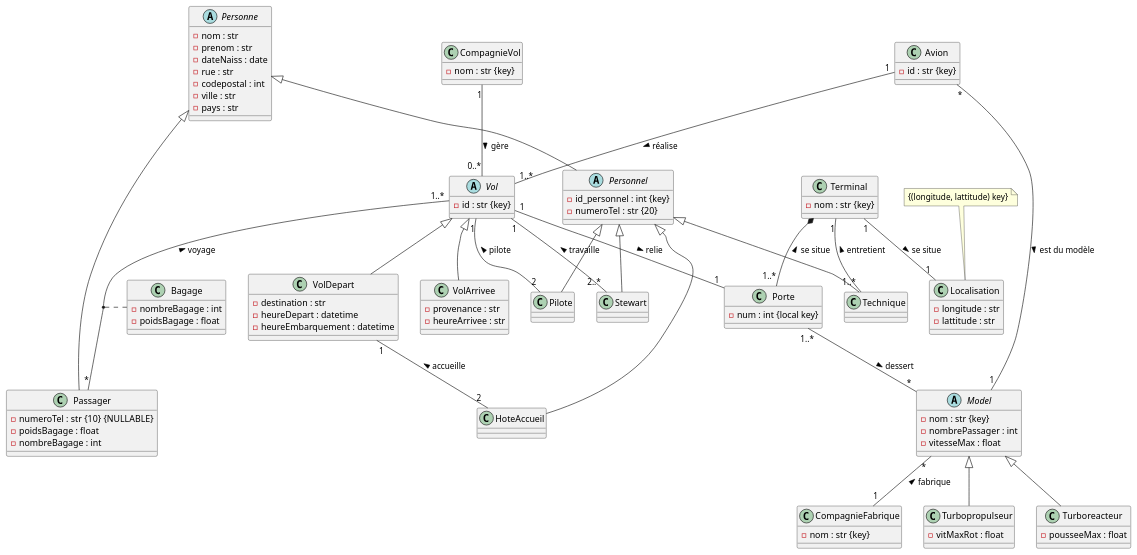
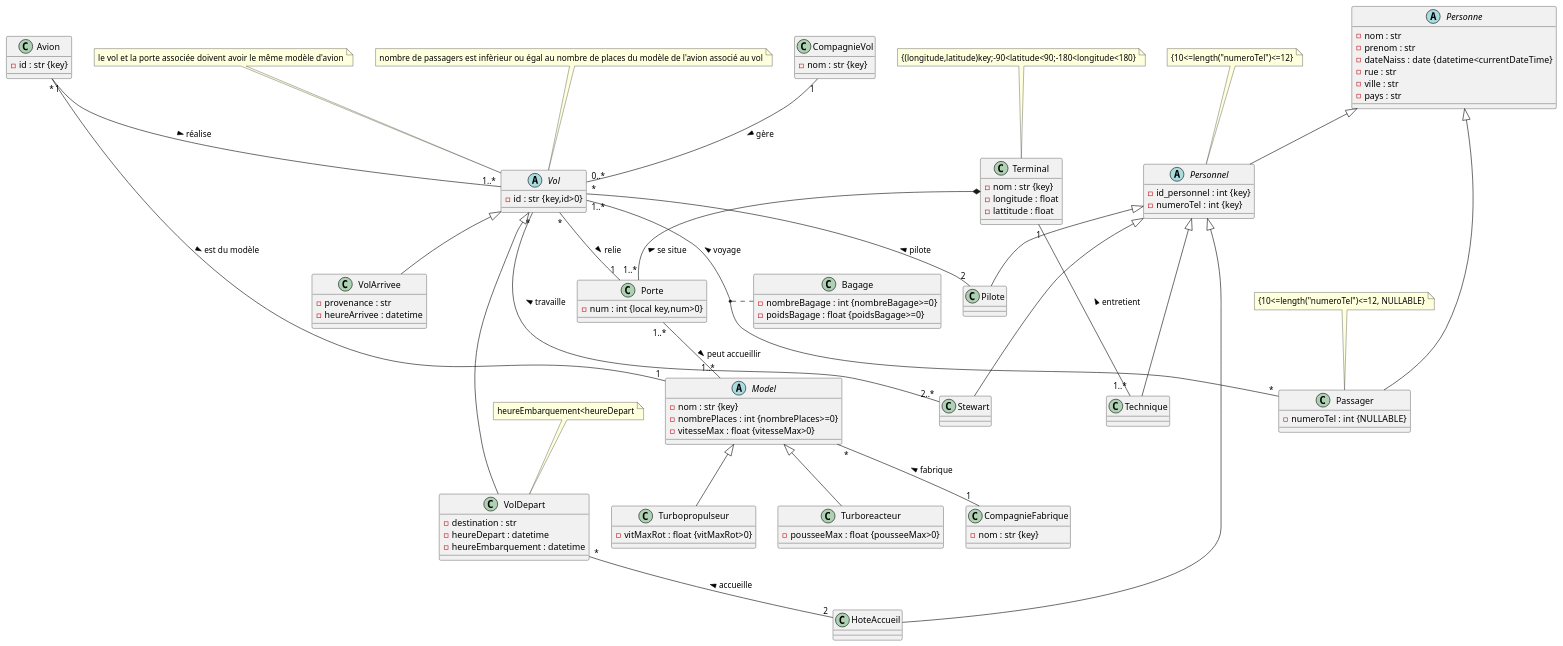
The diagram in UML.puml (4l3x4ndre/NF18_projet), drawn with PlantUML before and after one commit.

```diff
--- a/UML.puml
+++ b/UML.puml
@@ -1,121 +1,122 @@
 @startuml
 
 class Terminal {
 - nom : str {key}
+- longitude : float
+- lattitude : float
 }
-
-class Localisation{
-- longitude : str
-- lattitude : str
-}
-note top of Localisation : {(longitude, lattitude) key}
+note top of Terminal : {(longitude,latitude)key;-90<latitude<90;-180<longitude<180}
 
 class Porte {
-- num : int {local key}
+- num : int {local key,num>0}
 }
 
 
 class Avion {
 - id : str {key}
 }
 
 class CompagnieFabrique{
 - nom : str {key}
 }
 
 
 abstract class Model {
 - nom : str {key}
-- nombrePassager : int
-- vitesseMax : float
+- nombrePlaces : int {nombrePlaces>=0}
+- vitesseMax : float {vitesseMax>0}
 }
 
 class Turbopropulseur{
-- vitMaxRot : float
+- vitMaxRot : float {vitMaxRot>0}
 }
 
 class Turboreacteur{
-- pousseeMax : float 
+- pousseeMax : float {pousseeMax>0}
 }
 
+abstract class Vol{
+- id : str {key,id>0} 
+}
+note top of Vol : le vol et la porte associée doivent avoir le même modèle d'avion
+note top of Vol : nombre de passagers est infèrieur ou égal au nombre de places du modèle de l'avion associé au vol
 
-abstract class Vol{
-- id : str {key}
-}
 
 class VolDepart{
 - destination : str
 - heureDepart : datetime
 - heureEmbarquement : datetime
 }
+note top of VolDepart : heureEmbarquement<heureDepart
 
 class VolArrivee{
 - provenance : str
-- heureArrivee : str
+- heureArrivee : datetime
 }
+
 
 class CompagnieVol {
 - nom : str {key}
 }
 
 
 
 abstract class Personne{
 - nom : str
 - prenom : str
-- dateNaiss : date
+- dateNaiss : date {datetime<currentDateTime}
 - rue : str
-- codepostal : int 
 - ville : str
 - pays : str
 }
 
 abstract class Personnel{
 - id_personnel : int {key}
-- numeroTel : str {20}
+- numeroTel : int {key}
 }
-
+note top of Personnel : {10<=length("numeroTel")<=12}
 class Pilote{}
 class Stewart{}
 class HoteAccueil{}
 class Technique{}
 
 
 class Passager{
-- numeroTel : str {10} {NULLABLE}
-- poidsBagage : float
-- nombreBagage : int
+- numeroTel : int {NULLABLE}
+
 }
+note top of Passager : {10<=length("numeroTel")<=12, NULLABLE}
 
 
 
 Avion"*"--"1"Model : est du modèle >
 Personne<|--Personnel
 Personne<|--Passager
-Porte"1..*"--"*" Model : dessert >
+Porte"1..*"--"1..*" Model : peut accueillir >
 Model<|--Turbopropulseur
 Model<|--Turboreacteur
 Vol<|--VolArrivee
-Vol<|--VolDepart
+Vol<|----VolDepart
 CompagnieVol"1"--"0..*"Vol : gère >
 Personnel<|--Pilote
-Personnel<|--Stewart
+Personnel<|---Stewart
 Personnel<|--HoteAccueil
-Personnel<|--Technique
+Personnel<|---Technique
 Terminal*--"1..*"Porte : se situe < 
-Terminal"1"--"1"Localisation : se situe >
 Avion"1"--"1..*"Vol : réalise >
 Model"*"--"1"CompagnieFabrique : fabrique <
-Vol"1"--"2"Pilote : pilote <
-Vol"1"--"2..*"Stewart : travaille <
-VolDepart"1"--"2"HoteAccueil : accueille <
+Vol"*"--"2"Pilote : pilote <
+Vol"*"--"2..*"Stewart : travaille <
+VolDepart"*"--"2"HoteAccueil : accueille <
 Terminal"1"--"1..*"Technique : entretient <
 Vol"1..*"--"*"Passager : voyage <
 (Vol,Passager).. Bagage
 class Bagage{
-- nombreBagage : int
-- poidsBagage : float
+- nombreBagage : int {nombreBagage>=0}
+- poidsBagage : float {poidsBagage>=0}
 }
-Vol"1"--"1"Porte : relie >
+
+Vol"*"--"1"Porte : relie >
+
 
 @enduml
```
